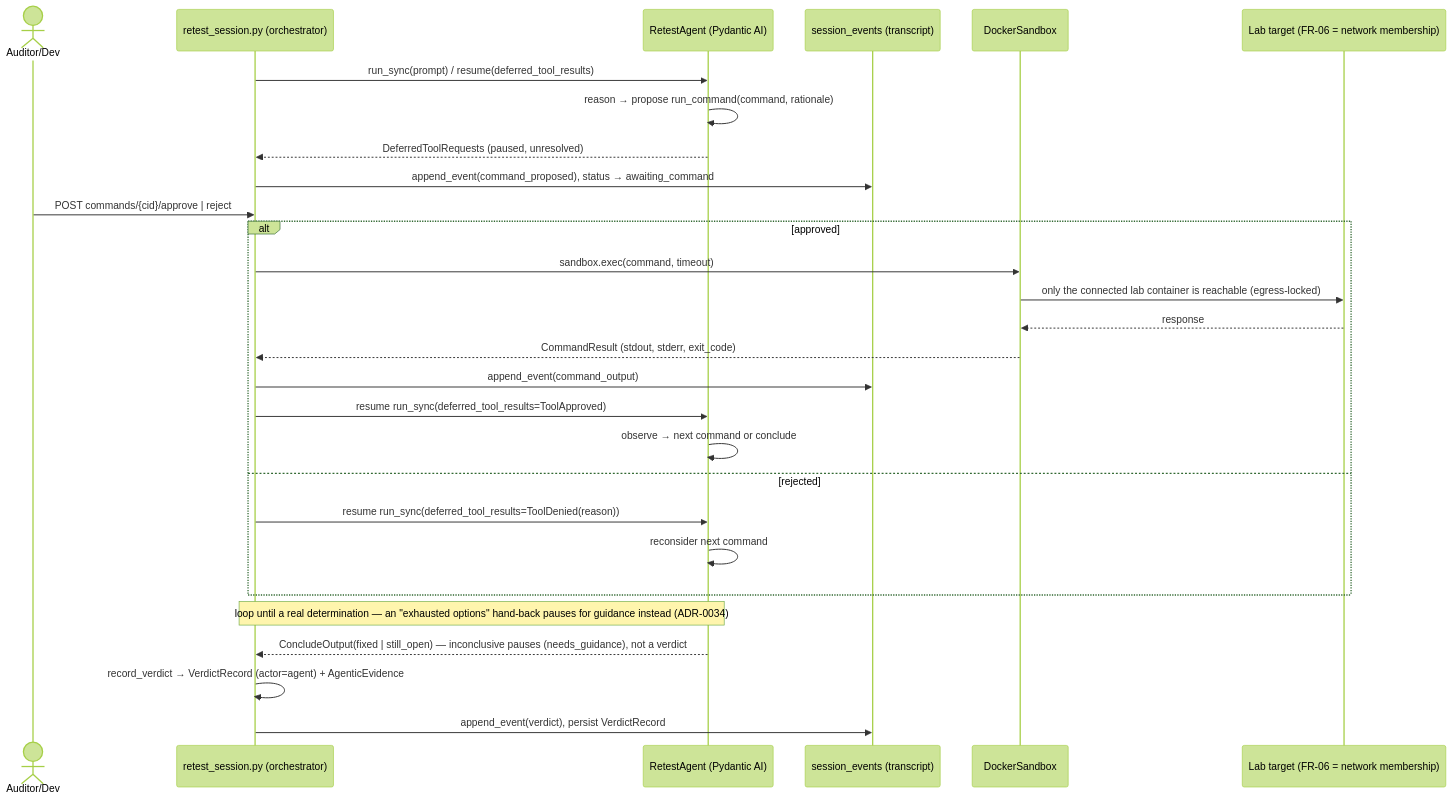
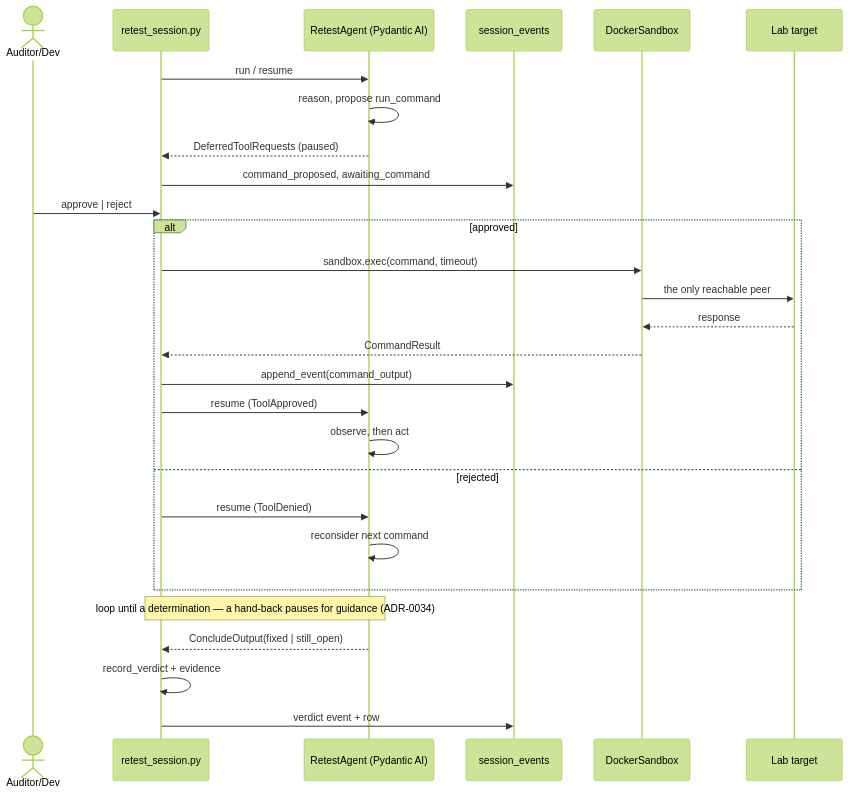
The seventh of 8 diagrams in docs/architecture/c4.md (SelfishCoconut/revalid), drawn with Mermaid (forest theme) before and after one commit. The commit also changed other lines of this file and 14 other files, not shown here.

First line of the commit message:
docs(thesis): add the Design chapter, with figures generated from the architecture docs (#199)

````diff
--- a/docs/architecture/c4.md
+++ b/docs/architecture/c4.md
@@ -322,31 +362,31 @@
 ```mermaid
 sequenceDiagram
     actor Dev as Auditor/Dev
-    participant API as retest_session.py (orchestrator)
+    participant API as retest_session.py
     participant Agent as RetestAgent (Pydantic AI)
-    participant DB as session_events (transcript)
+    participant DB as session_events
     participant SB as DockerSandbox
-    participant Lab as Lab target (FR-06 = network membership)
+    participant Lab as Lab target
 
-    API->>Agent: run_sync(prompt) / resume(deferred_tool_results)
-    Agent->>Agent: reason → propose run_command(command, rationale)
-    Agent-->>API: DeferredToolRequests (paused, unresolved)
-    API->>DB: append_event(command_proposed), status → awaiting_command
-    Dev->>API: POST commands/{cid}/approve | reject
+    API->>Agent: run / resume
+    Agent->>Agent: reason, propose run_command
+    Agent-->>API: DeferredToolRequests (paused)
+    API->>DB: command_proposed, awaiting_command
+    Dev->>API: approve | reject
     alt approved
         API->>SB: sandbox.exec(command, timeout)
-        SB->>Lab: only the connected lab container is reachable (egress-locked)
+        SB->>Lab: the only reachable peer
         Lab-->>SB: response
-        SB-->>API: CommandResult (stdout, stderr, exit_code)
+        SB-->>API: CommandResult
         API->>DB: append_event(command_output)
-        API->>Agent: resume run_sync(deferred_tool_results=ToolApproved)
-        Agent->>Agent: observe → next command or conclude
+        API->>Agent: resume (ToolApproved)
+        Agent->>Agent: observe, then act
     else rejected
-        API->>Agent: resume run_sync(deferred_tool_results=ToolDenied(reason))
+        API->>Agent: resume (ToolDenied)
         Agent->>Agent: reconsider next command
     end
-    Note over API,Agent: loop until a real determination — an "exhausted options" hand-back pauses for guidance instead (ADR-0034)
-    Agent-->>API: ConcludeOutput(fixed | still_open) — inconclusive pauses (needs_guidance), not a verdict
-    API->>API: record_verdict → VerdictRecord (actor=agent) + AgenticEvidence
-    API->>DB: append_event(verdict), persist VerdictRecord
+    Note over API,Agent: loop until a determination — a hand-back pauses for guidance (ADR-0034)
+    Agent-->>API: ConcludeOutput(fixed | still_open)
+    API->>API: record_verdict + evidence
+    API->>DB: verdict event + row
 ```
````
